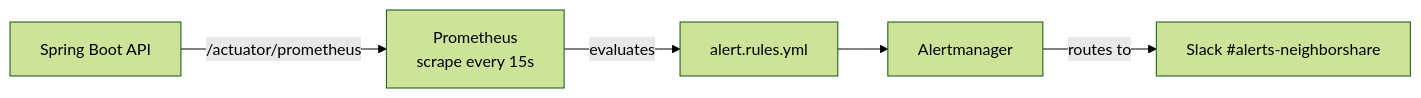
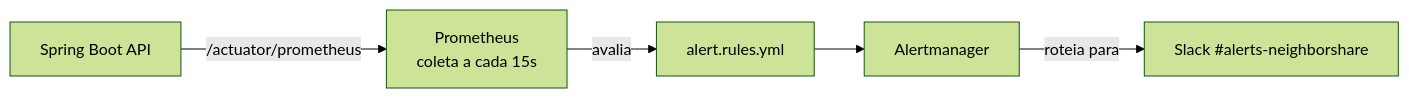
One commit to alexanderbs3/neighborshare changed the third of 4 diagrams in README.md. Above: the diagram before and after it, drawn with Mermaid (forest theme). The commit also changed other lines of this file, not shown here.

````diff
--- a/README.md
+++ b/README.md
@@ -94,7 +94,7 @@
 ```mermaid
 flowchart LR
-    API["Spring Boot API"] -->|"/actuator/prometheus"| Prom["Prometheus<br/>scrape every 15s"]
-    Prom -->|evaluates| Rules["alert.rules.yml"]
+    API["Spring Boot API"] -->|"/actuator/prometheus"| Prom["Prometheus<br/>coleta a cada 15s"]
+    Prom -->|avalia| Rules["alert.rules.yml"]
     Rules --> AM["Alertmanager"]
-    AM -->|routes to| Slack["Slack #alerts-neighborshare"]
+    AM -->|roteia para| Slack["Slack #alerts-neighborshare"]
 ```
````
